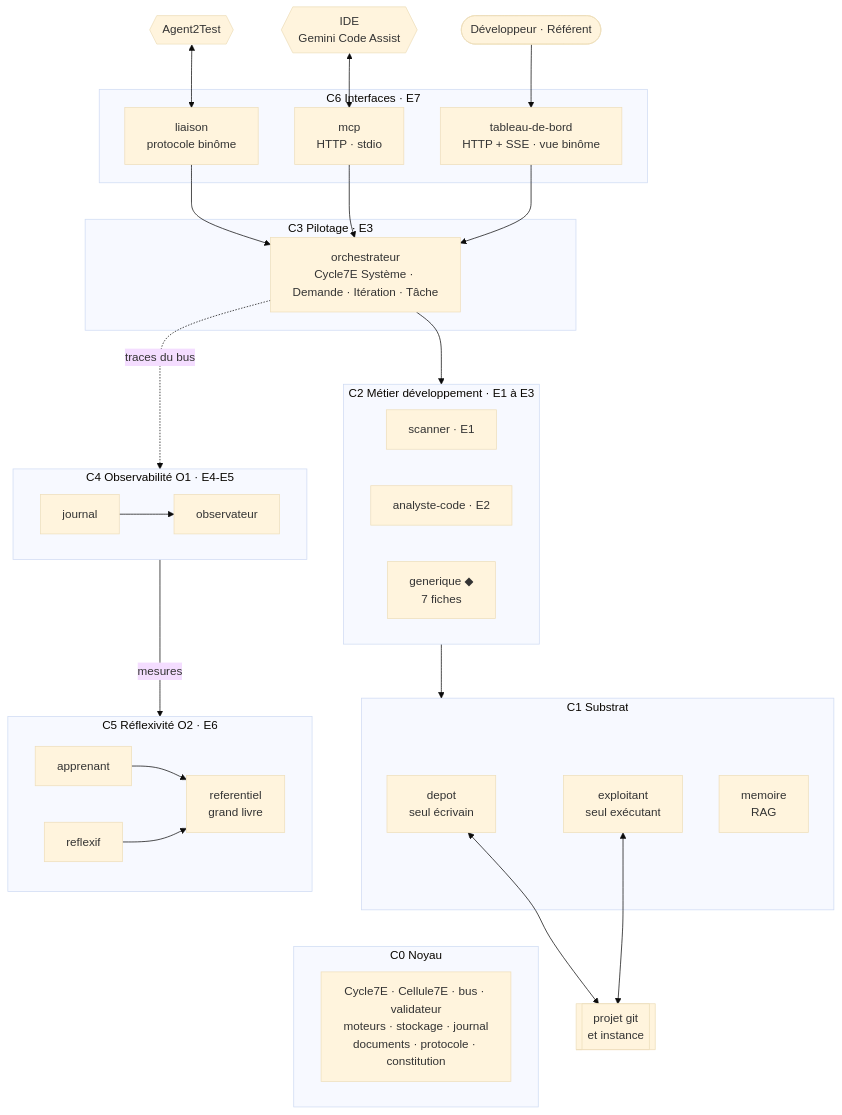
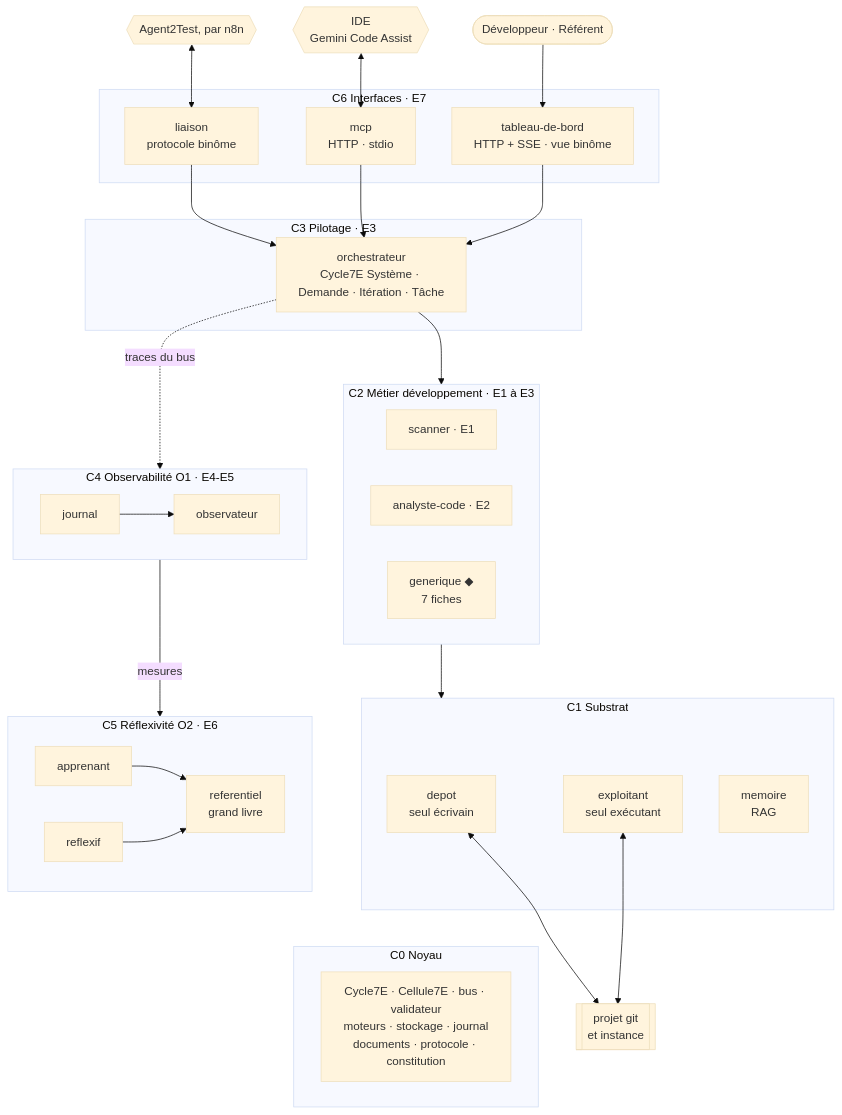
The second of 7 diagrams in 01-architecture.md (FredGarcia/Agent2Dev), drawn with Mermaid (base theme) before and after one commit. The commit also changed other lines of this file and 5 other files, not shown here.

````diff
--- a/01-architecture.md
+++ b/01-architecture.md
@@ -121,51 +121,51 @@
 ```mermaid
 flowchart TB
   HUM(["Développeur · Référent"])
   IDE{{"IDE<br/>Gemini Code Assist"}}
-  A2T{{"Agent2Test"}}
+  A2T{{"Agent2Test, par n8n"}}
   subgraph C6["C6 Interfaces · E7"]
     TDB["tableau-de-bord<br/>HTTP + SSE · vue binôme"]
     MCP["mcp<br/>HTTP · stdio"]
     LIA["liaison<br/>protocole binôme"]
   end
   subgraph C3["C3 Pilotage · E3"]
     ORC["orchestrateur<br/>Cycle7E Système · Demande · Itération · Tâche"]
   end
   subgraph C2["C2 Métier développement · E1 à E3"]
     direction LR
     SCA["scanner · E1"]
     ANC["analyste-code · E2"]
     GEN["generique ◆<br/>7 fiches"]
   end
   subgraph C1["C1 Substrat"]
     DEP["depot<br/>seul écrivain"]
     EXP["exploitant<br/>seul exécutant"]
     MEM["memoire<br/>RAG"]
   end
   subgraph C0["C0 Noyau"]
     K["Cycle7E · Cellule7E · bus · validateur<br/>moteurs · stockage · journal<br/>documents · protocole · constitution"]
   end
   subgraph C4["C4 Observabilité O1 · E4-E5"]
     direction LR
     JRN["journal"] --> OBS["observateur"]
   end
   subgraph C5["C5 Réflexivité O2 · E6"]
     direction LR
     APP["apprenant"] --> REF["referentiel<br/>grand livre"]
     RFX["reflexif"] --> REF
   end
   PROJ[["projet git<br/>et instance"]]
   HUM --> TDB
   IDE <--> MCP
   A2T <--> LIA
   TDB --> ORC
   MCP --> ORC
   LIA --> ORC
   ORC --> C2
   C2 --> C1
   C1 ~~~ C0
   DEP <--> PROJ
   EXP <--> PROJ
   ORC -.->|"traces du bus"| C4
   C4 -->|"mesures"| C5
 ```
````
